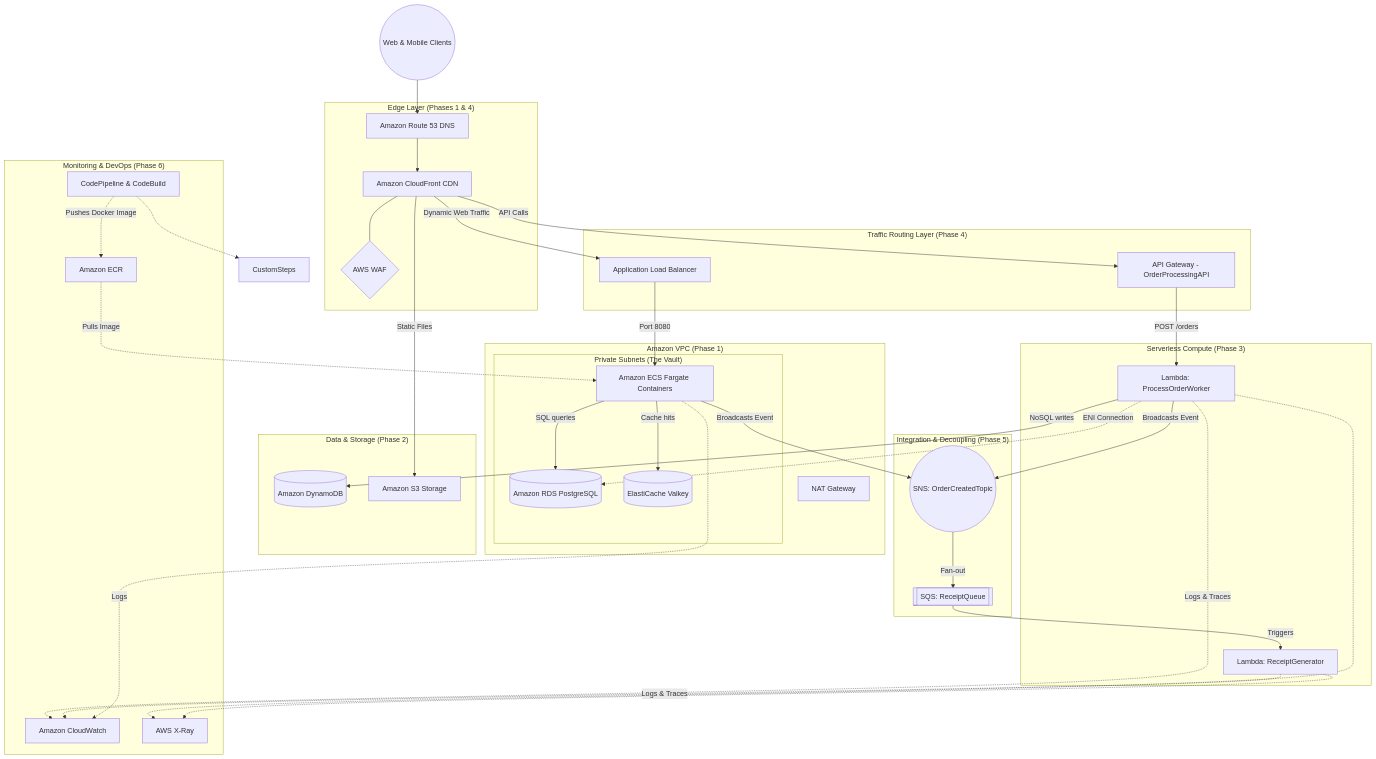
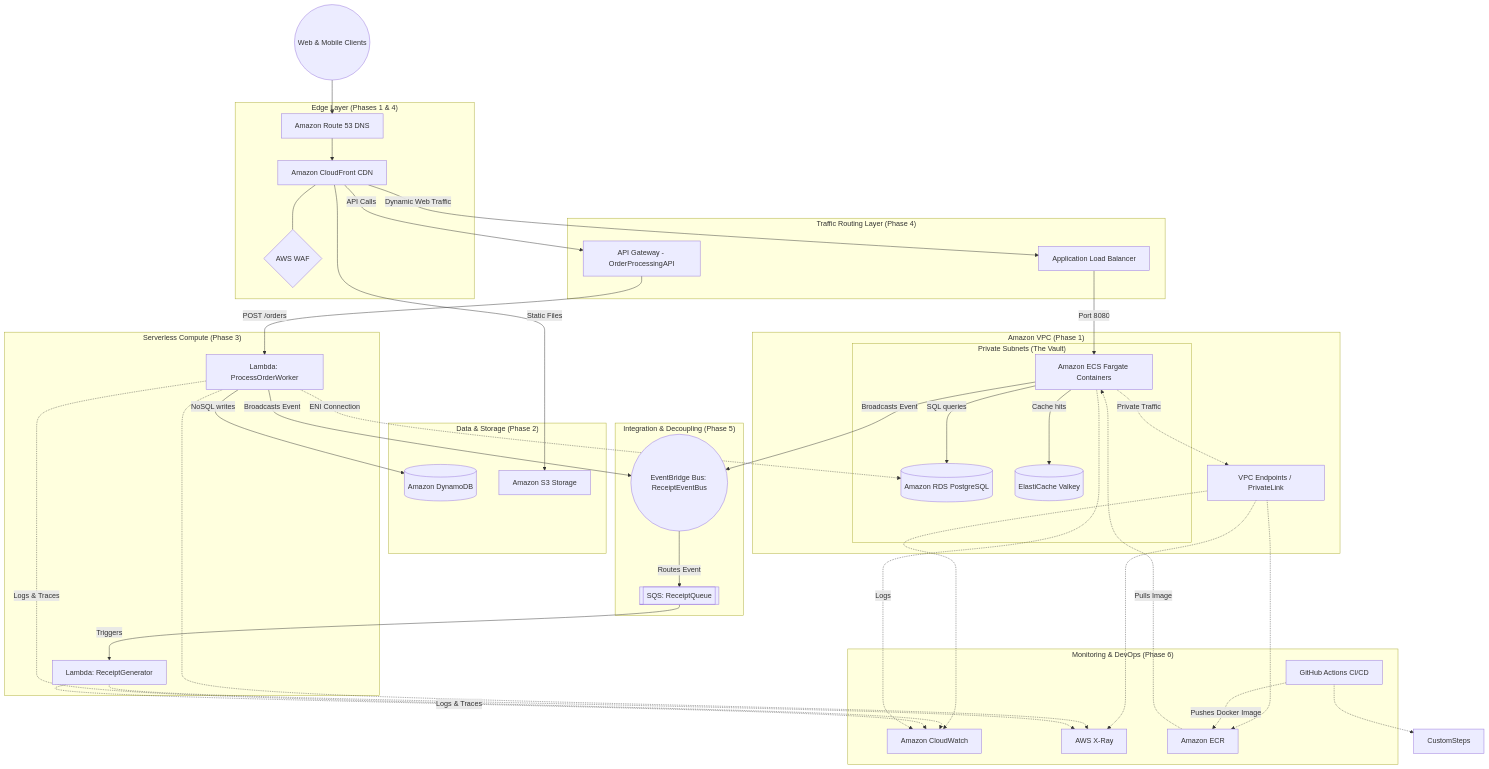
Before and after one commit to sree7k7/event-driven-microservices: the diagram in README.md, drawn with Mermaid. The commit also changed other lines of this file and 2 other files, not shown here.

````diff
--- a/README.md
+++ b/README.md
@@ -27,7 +51,7 @@
 
     %% Phase 1: VPC Foundation
     subgraph "Amazon VPC (Phase 1)"
-        NAT[NAT Gateway]
+        VPCEndpoints[VPC Endpoints / PrivateLink]
         
         subgraph "Private Subnets (The Vault)"
             ECS[Amazon ECS Fargate Containers]
@@ -50,7 +74,7 @@
 
     %% Phase 5: Integration
     subgraph "Integration & Decoupling (Phase 5)"
-        SNS((SNS: OrderCreatedTopic))
+        EventBus((EventBridge Bus: ReceiptEventBus))
         SQS[[SQS: ReceiptQueue]]
     end
 
@@ -59,7 +83,7 @@
         CW[Amazon CloudWatch]
         XRay[AWS X-Ray]
         ECR[Amazon ECR]
-        CICD[CodePipeline & CodeBuild]
+        GHA[GitHub Actions CI/CD]
     end
 
     %% ---- THE CONNECTIONS & TRAFFIC FLOW ----
@@ -85,13 +109,19 @@
     Worker1 -.->|ENI Connection| RDS
 
     %% The Fan-Out Decoupling Flow
-    ECS -->|Broadcasts Event| SNS
-    Worker1 -->|Broadcasts Event| SNS
-    SNS -->|Fan-out| SQS
+    ECS -->|Broadcasts Event| EventBus
+    Worker1 -->|Broadcasts Event| EventBus
+    EventBus -->|Routes Event| SQS
     SQS -->|Triggers| Worker2
 
+    %% VPC Endpoints Flow (Private Access)
+    ECS -.->|Private Traffic| VPCEndpoints
+    VPCEndpoints -.-> ECR
+    VPCEndpoints -.-> CW
+    VPCEndpoints -.-> XRay
+
     %% DevOps & Monitoring (Dotted lines for background processes)
-    CICD -.->|Pushes Docker Image| ECR
+    GHA -.->|Pushes Docker Image| ECR
     ECR -.->|Pulls Image| ECS
     Worker1 -.->|Logs & Traces| CW
     Worker2 -.->|Logs & Traces| CW
@@ -101,5 +131,5 @@
     
     %% Placeholder for custom steps
     
-    CICD -.-> CustomSteps
+    GHA -.-> CustomSteps
 ```
````
